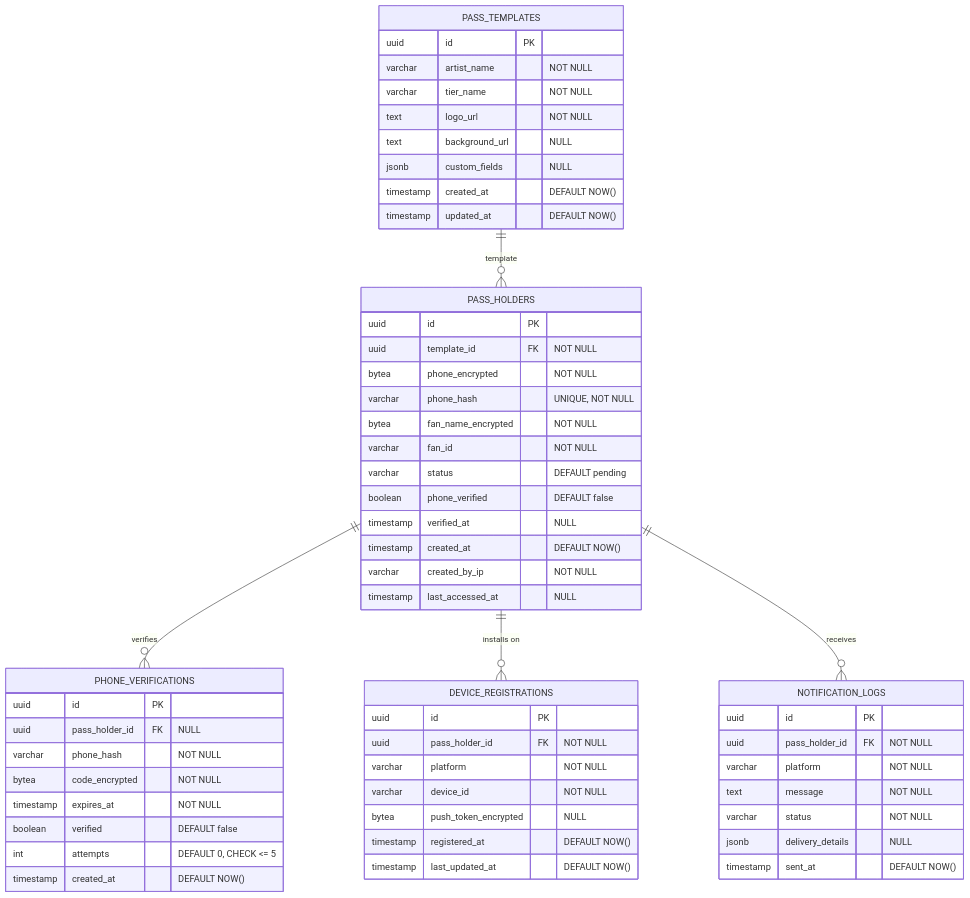
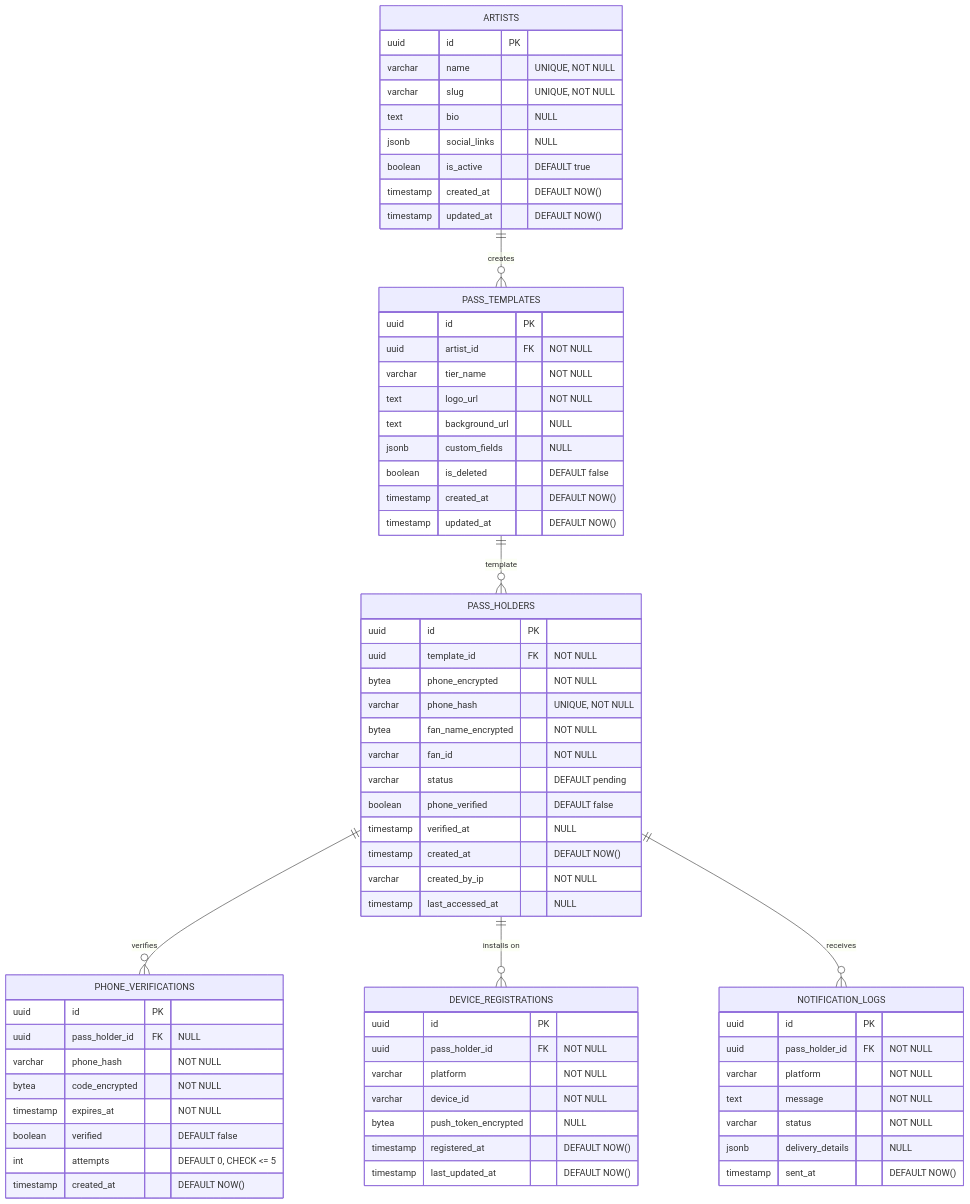
One commit to dfinkler/wallet-pass changed the third of 3 diagrams in README.md. Above: the diagram before and after it, drawn with Mermaid. The commit also changed other lines of this file, not shown here.

Commit message:
updated db schema to use artists table / id

````diff
--- a/README.md
+++ b/README.md
@@ -349,64 +347,77 @@
 ```mermaid
 erDiagram
+    ARTISTS ||--o{ PASS_TEMPLATES : "creates"
     PASS_TEMPLATES ||--o{ PASS_HOLDERS : "template"
     PASS_HOLDERS ||--o{ PHONE_VERIFICATIONS : "verifies"
     PASS_HOLDERS ||--o{ DEVICE_REGISTRATIONS : "installs on"
     PASS_HOLDERS ||--o{ NOTIFICATION_LOGS : "receives"
     
+    ARTISTS {
+        uuid id PK
+        varchar name "UNIQUE, NOT NULL"
+        varchar slug "UNIQUE, NOT NULL"
+        text bio "NULL"
+        jsonb social_links "NULL"
+        boolean is_active "DEFAULT true"
+        timestamp created_at "DEFAULT NOW()"
+        timestamp updated_at "DEFAULT NOW()"
+    }
+    
     PASS_TEMPLATES {
         uuid id PK
-        varchar artist_name "NOT NULL"
+        uuid artist_id FK "NOT NULL"
         varchar tier_name "NOT NULL"
         text logo_url "NOT NULL"
         text background_url "NULL"
         jsonb custom_fields "NULL"
+        boolean is_deleted "DEFAULT false"
         timestamp created_at "DEFAULT NOW()"
         timestamp updated_at "DEFAULT NOW()"
     }
     
     PASS_HOLDERS {
         uuid id PK
         uuid template_id FK "NOT NULL"
         bytea phone_encrypted "NOT NULL"
         varchar phone_hash "UNIQUE, NOT NULL"
         bytea fan_name_encrypted "NOT NULL"
         varchar fan_id "NOT NULL"
         varchar status "DEFAULT pending"
         boolean phone_verified "DEFAULT false"
         timestamp verified_at "NULL"
         timestamp created_at "DEFAULT NOW()"
         varchar created_by_ip "NOT NULL"
         timestamp last_accessed_at "NULL"
     }
     
     PHONE_VERIFICATIONS {
         uuid id PK
         uuid pass_holder_id FK "NULL"
         varchar phone_hash "NOT NULL"
         bytea code_encrypted "NOT NULL"
         timestamp expires_at "NOT NULL"
         boolean verified "DEFAULT false"
         int attempts "DEFAULT 0, CHECK <= 5"
         timestamp created_at "DEFAULT NOW()"
     }
     
     DEVICE_REGISTRATIONS {
         uuid id PK
         uuid pass_holder_id FK "NOT NULL"
         varchar platform "NOT NULL"
         varchar device_id "NOT NULL"
         bytea push_token_encrypted "NULL"
         timestamp registered_at "DEFAULT NOW()"
         timestamp last_updated_at "DEFAULT NOW()"
     }
     
     NOTIFICATION_LOGS {
         uuid id PK
         uuid pass_holder_id FK "NOT NULL"
         varchar platform "NOT NULL"
         text message "NOT NULL"
         varchar status "NOT NULL"
         jsonb delivery_details "NULL"
         timestamp sent_at "DEFAULT NOW()"
     }
 ```
````
